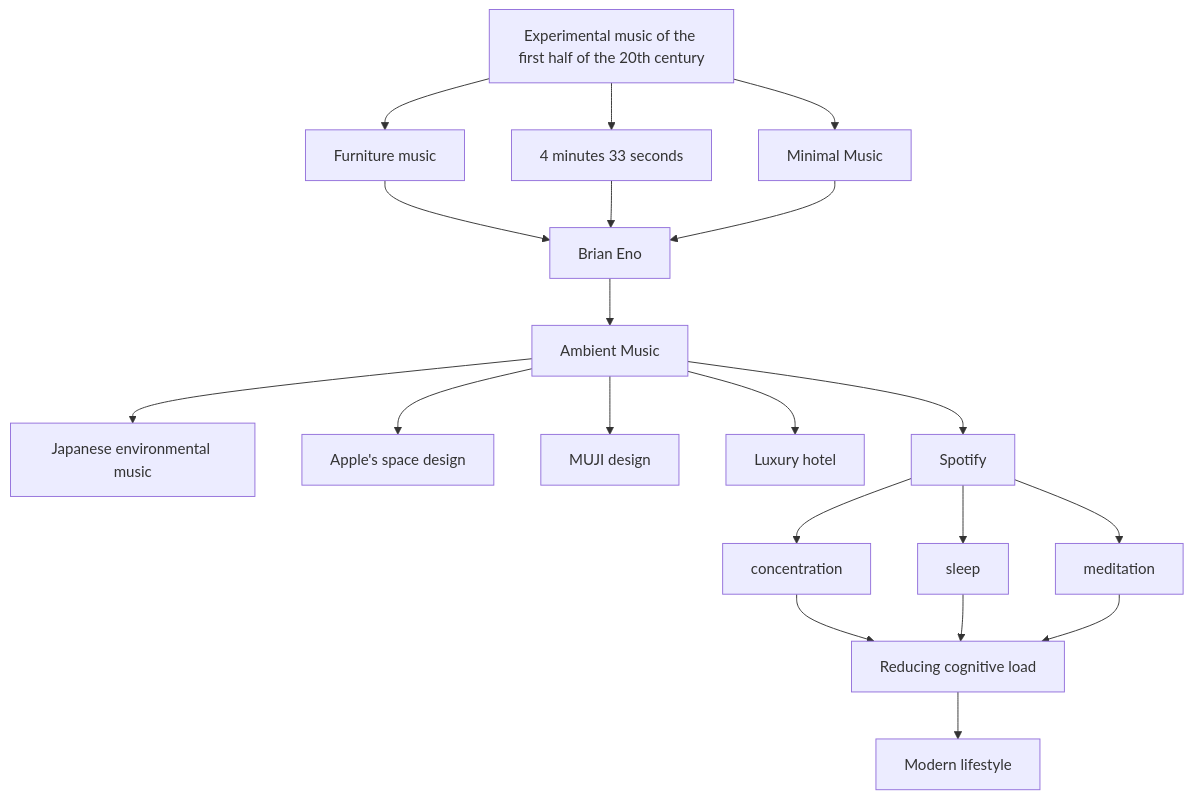
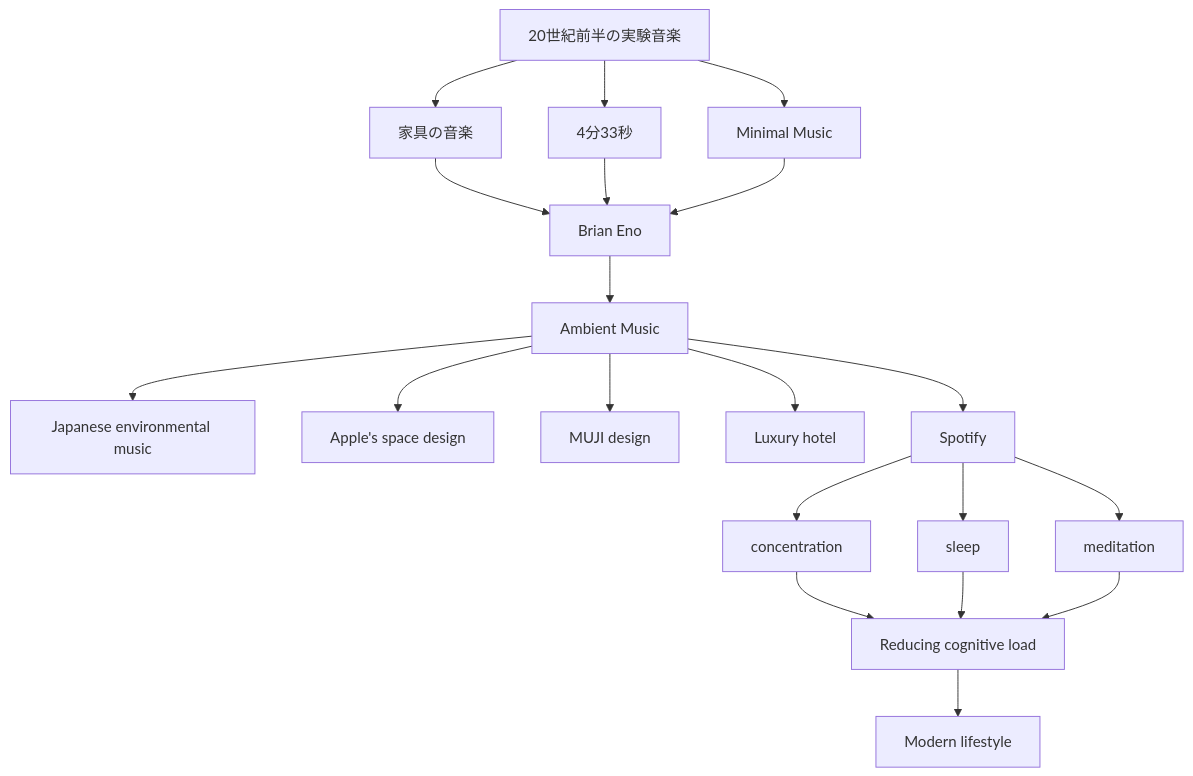
One commit to monumental-movement/monumental-movement.github.io changed the first of 2 diagrams in en/_posts/2026-06-27-column-ambient-music-wealthy.md. Above: the diagram before and after it, drawn with Mermaid. The commit also changed other lines of this file and 851 other files, not shown here.

```diff
--- a/en/_posts/2026-06-27-column-ambient-music-wealthy.md
+++ b/en/_posts/2026-06-27-column-ambient-music-wealthy.md
@@ -842,30 +842,30 @@
 <div class="mermaid">
 flowchart TD
 
-A["Experimental music of the first half of the 20th century"]
-A --> B["Furniture music"]
-A --> C["4 minutes 33 seconds"]
+A["20世紀前半の実験音楽"]
+A --> B["家具の音楽"]
+A --> C["4分33秒"]
 A --> D["Minimal Music"]
 
 B --> E["Brian Eno"]
 C --> E
 D --> E
 
 E --> F["Ambient Music"]
 
 F --> G["Japanese environmental music"]
 F --> H["Apple's space design"]
 F --> I["MUJI design"]
 F --> J["Luxury hotel"]
 F --> K["Spotify"]
 
 K --> L["concentration"]
 K --> M["sleep"]
 K --> N["meditation"]
 
 L --> O["Reducing cognitive load"]
 M --> O
 N --> O
 
 O --> P["Modern lifestyle"]
 </div>
```
